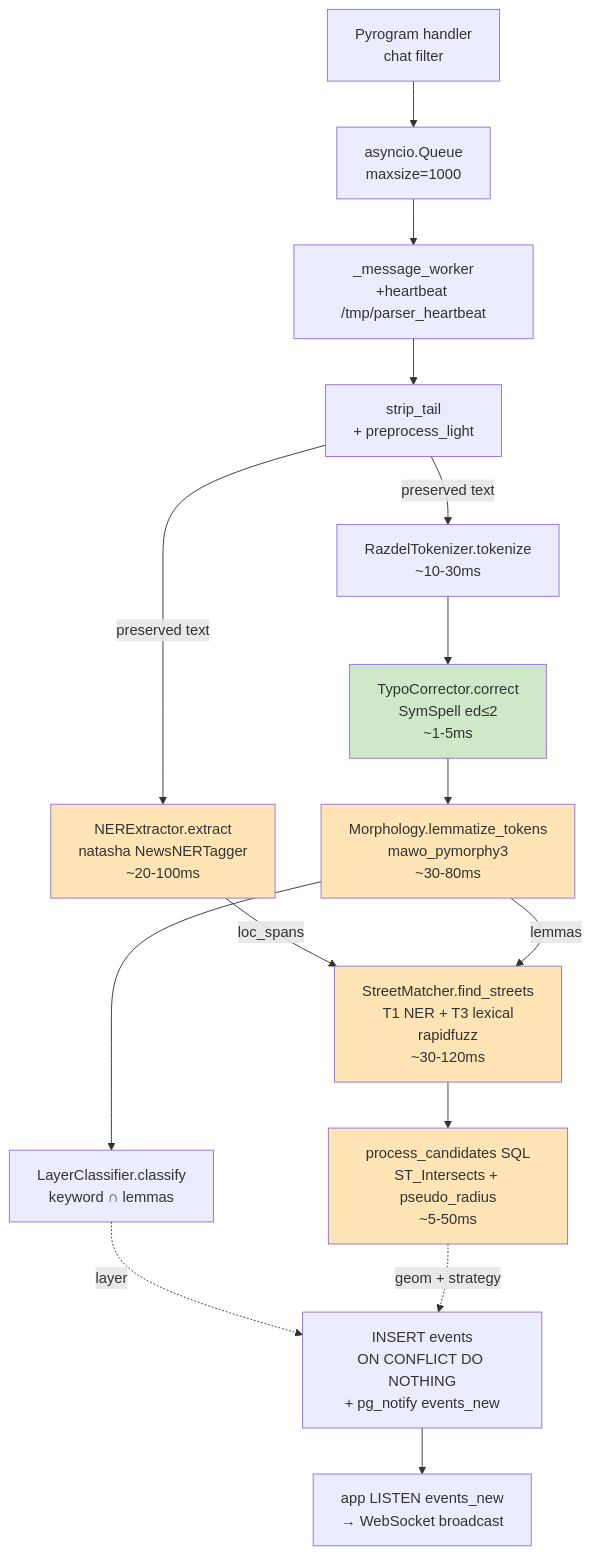
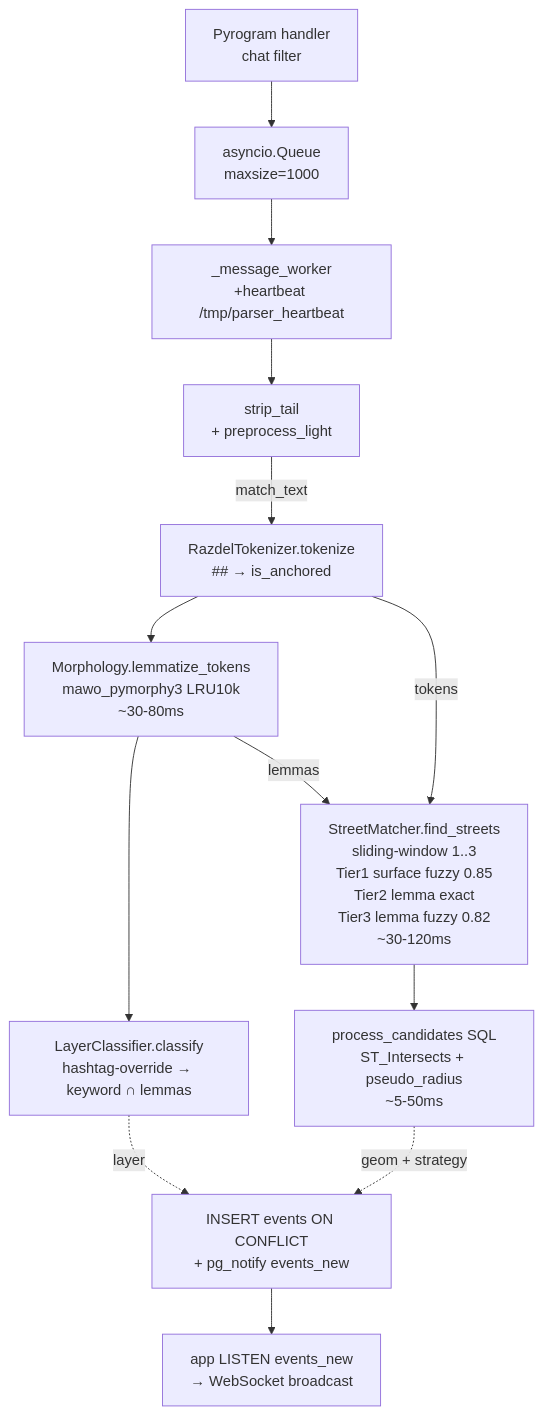
One commit to jin10r/debug changed the diagram in docs/parser.md. Above: the diagram before and after it, drawn with Mermaid. The commit also changed other lines of this file and 34 other files, not shown here.

First line of the commit message:
refactor(parser): replace phonetic/NER with sliding-window + surface fuzzy

````diff
--- a/docs/parser.md
+++ b/docs/parser.md
@@ -61,22 +62,15 @@
 ```mermaid
 flowchart TD
     A[Pyrogram handler<br/>chat filter] --> B[asyncio.Queue<br/>maxsize=1000]
     B --> C[_message_worker<br/>+heartbeat /tmp/parser_heartbeat]
     C --> D[strip_tail<br/>+ preprocess_light]
-    D -->|preserved text| E[NERExtractor.extract<br/>natasha NewsNERTagger<br/>~20-100ms]
-    D -->|preserved text| F[RazdelTokenizer.tokenize<br/>~10-30ms]
-    F --> G[TypoCorrector.correct<br/>SymSpell ed≤2<br/>~1-5ms]
-    G --> H[Morphology.lemmatize_tokens<br/>mawo_pymorphy3<br/>~30-80ms]
-    H --> I[LayerClassifier.classify<br/>keyword ∩ lemmas]
-    E -->|loc_spans| J
-    H -->|lemmas| J[StreetMatcher.find_streets<br/>T1 NER + T3 lexical<br/>rapidfuzz<br/>~30-120ms]
-    J --> K[process_candidates SQL<br/>ST_Intersects + pseudo_radius<br/>~5-50ms]
-    I -.layer.-> L
-    K -.geom + strategy.-> L[INSERT events<br/>ON CONFLICT DO NOTHING<br/>+ pg_notify events_new]
-    L --> M[app LISTEN events_new<br/>→ WebSocket broadcast]
-    style E fill:#ffe4b5
-    style G fill:#cfe9c8
-    style H fill:#ffe4b5
-    style J fill:#ffe4b5
-    style K fill:#ffe4b5
+    D -->|match_text| E[RazdelTokenizer.tokenize<br/>## → is_anchored]
+    E --> F[Morphology.lemmatize_tokens<br/>mawo_pymorphy3 LRU10k<br/>~30-80ms]
+    F --> G[LayerClassifier.classify<br/>hashtag-override → keyword ∩ lemmas]
+    F -->|lemmas| H
+    E -->|tokens| H[StreetMatcher.find_streets<br/>sliding-window 1..3<br/>Tier1 surface fuzzy 0.85<br/>Tier2 lemma exact<br/>Tier3 lemma fuzzy 0.82<br/>~30-120ms]
+    H --> I[process_candidates SQL<br/>ST_Intersects + pseudo_radius<br/>~5-50ms]
+    G -.layer.-> J
+    I -.geom + strategy.-> J[INSERT events ON CONFLICT<br/>+ pg_notify events_new]
+    J --> K[app LISTEN events_new<br/>→ WebSocket broadcast]
 ```
````
